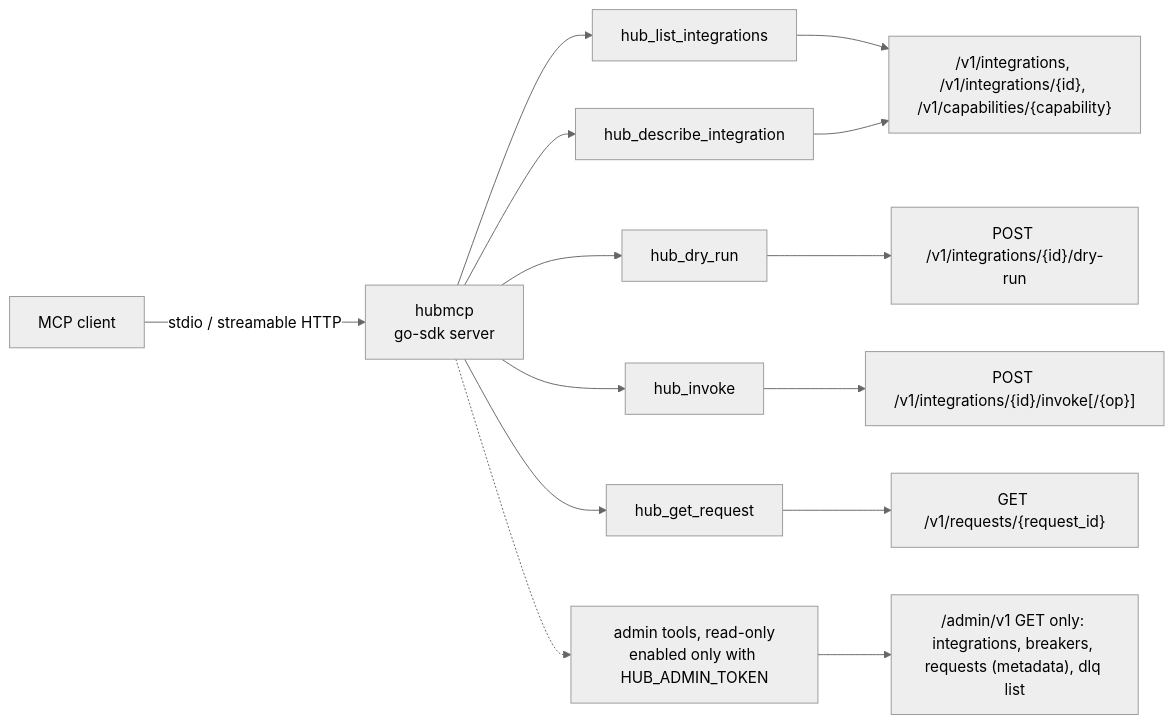
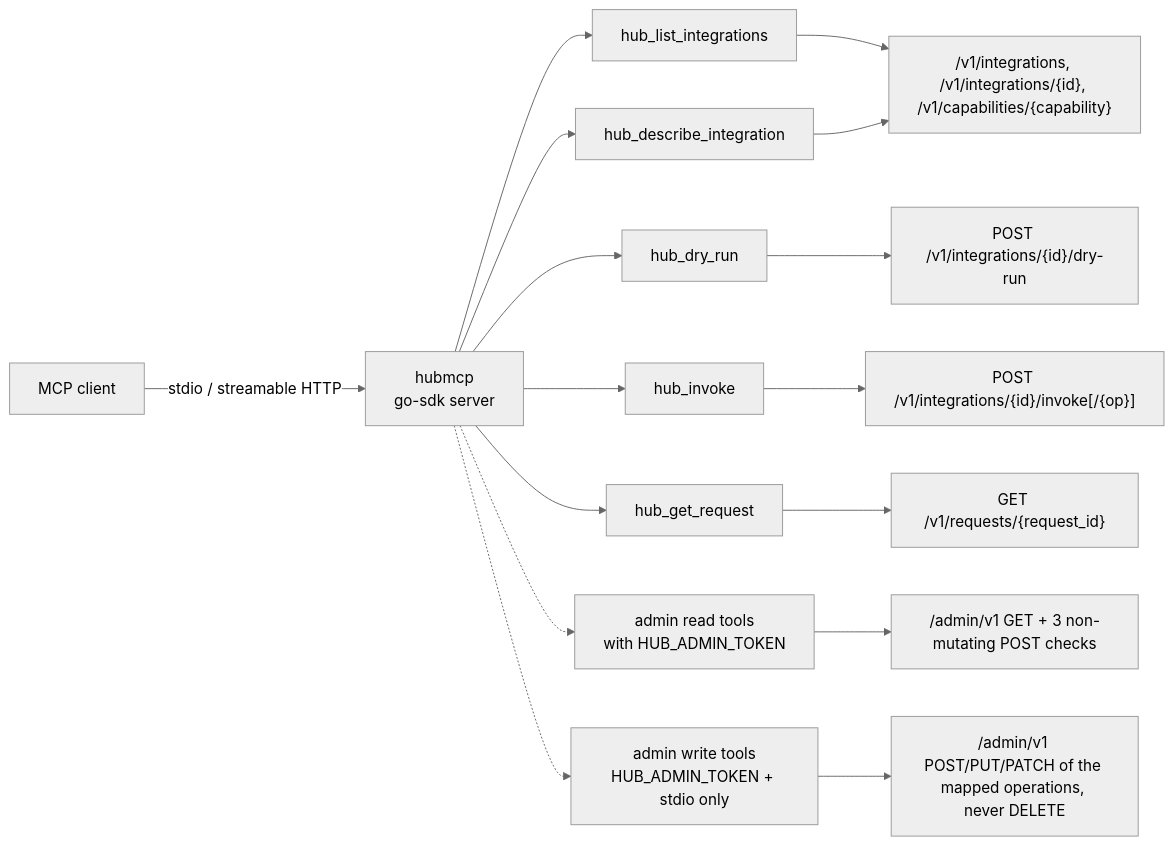
The ninth of 9 diagrams in docs/tech/TECH_SPEC.md (Donquixot-Doflamingo/integration-hub), drawn with Mermaid (neutral theme) before and after one commit. The commit also changed other lines of this file and 11 other files, not shown here.

First line of the commit message:
docs(hubmcp): Document the hubmcp admin write tools and ADR-0020 (HUB-315)

````diff
--- a/docs/tech/TECH_SPEC.md
+++ b/docs/tech/TECH_SPEC.md
@@ -807,11 +807,13 @@
 ```mermaid
 flowchart LR
   CL[MCP client] -- stdio / streamable HTTP --> S[hubmcp<br/>go-sdk server]
   S --> T1[hub_list_integrations] & T2[hub_describe_integration] & T3[hub_dry_run] & T4[hub_invoke] & T5[hub_get_request]
-  S -.-> AT[admin tools, read-only<br/>enabled only with HUB_ADMIN_TOKEN]
+  S -.-> AT[admin read tools<br/>with HUB_ADMIN_TOKEN]
+  S -.-> AW[admin write tools<br/>HUB_ADMIN_TOKEN + stdio only]
   T1 & T2 --> D["/v1/integrations, /v1/integrations/{id}, /v1/capabilities/{capability}"]
   T3 --> DR["POST /v1/integrations/{id}/dry-run"]
   T4 --> INV["POST /v1/integrations/{id}/invoke[/{op}]"]
   T5 --> RQ["GET /v1/requests/{request_id}"]
-  AT --> ADM["/admin/v1 GET only: integrations, breakers, requests (metadata), dlq list"]
+  AT --> ADM["/admin/v1 GET + 3 non-mutating POST checks"]
+  AW --> ADMW["/admin/v1 POST/PUT/PATCH of the mapped operations, never DELETE"]
 ```
````
